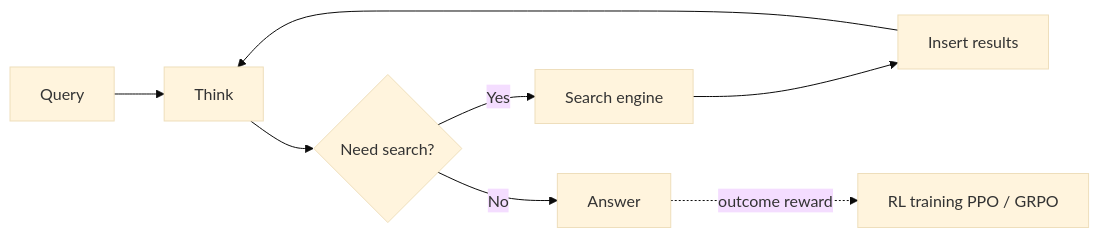
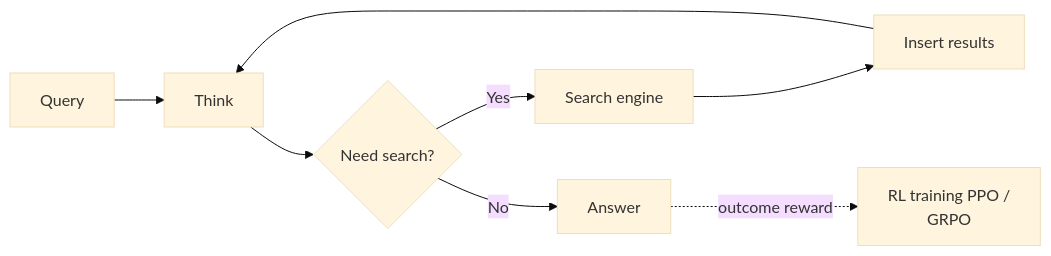
One commit to ajay-nikumbh/RAG-From-Basics-to-Production changed the diagram in 17. Reasoning Search RAG/README.md. Above: the diagram before and after it, drawn with Mermaid (base theme). The commit also changed other lines of this file and 38 other files, not shown here.

First line of the commit message:
Group root README by pattern, widen tables, wrap diagram labels

````diff
--- a/17. Reasoning Search RAG/README.md
+++ b/17. Reasoning Search RAG/README.md
@@ -24,7 +24,7 @@
 ```mermaid
 flowchart LR
     Q[Query] --> T[Think] --> S{Need search?}
     S -- Yes --> SE[Search engine] --> I[Insert results] --> T
     S -- No --> A[Answer]
-    A -.outcome reward.-> RL[RL training PPO / GRPO]
+    A -.outcome reward.-> RL[RL training PPO /<br/>GRPO]
 ```
````
